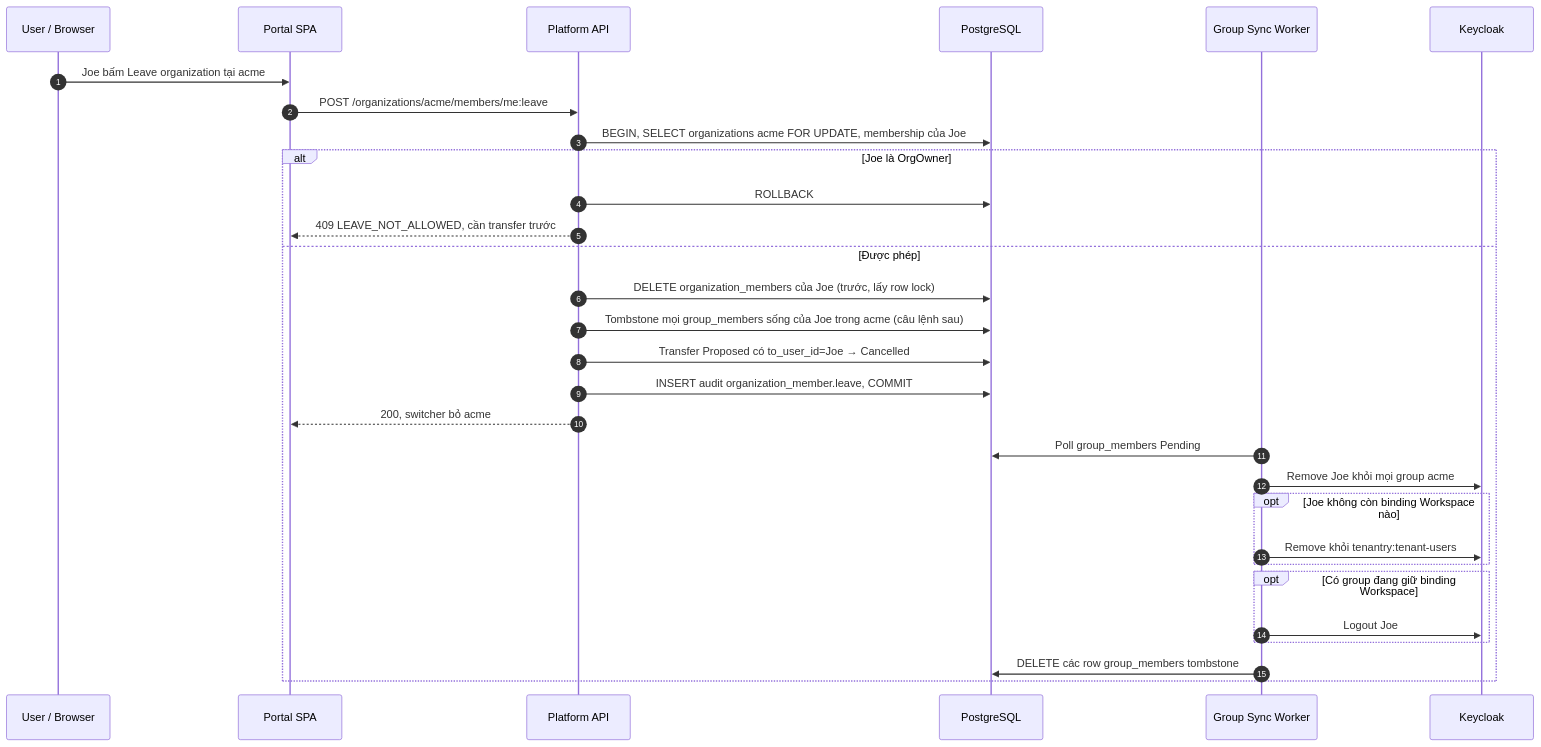
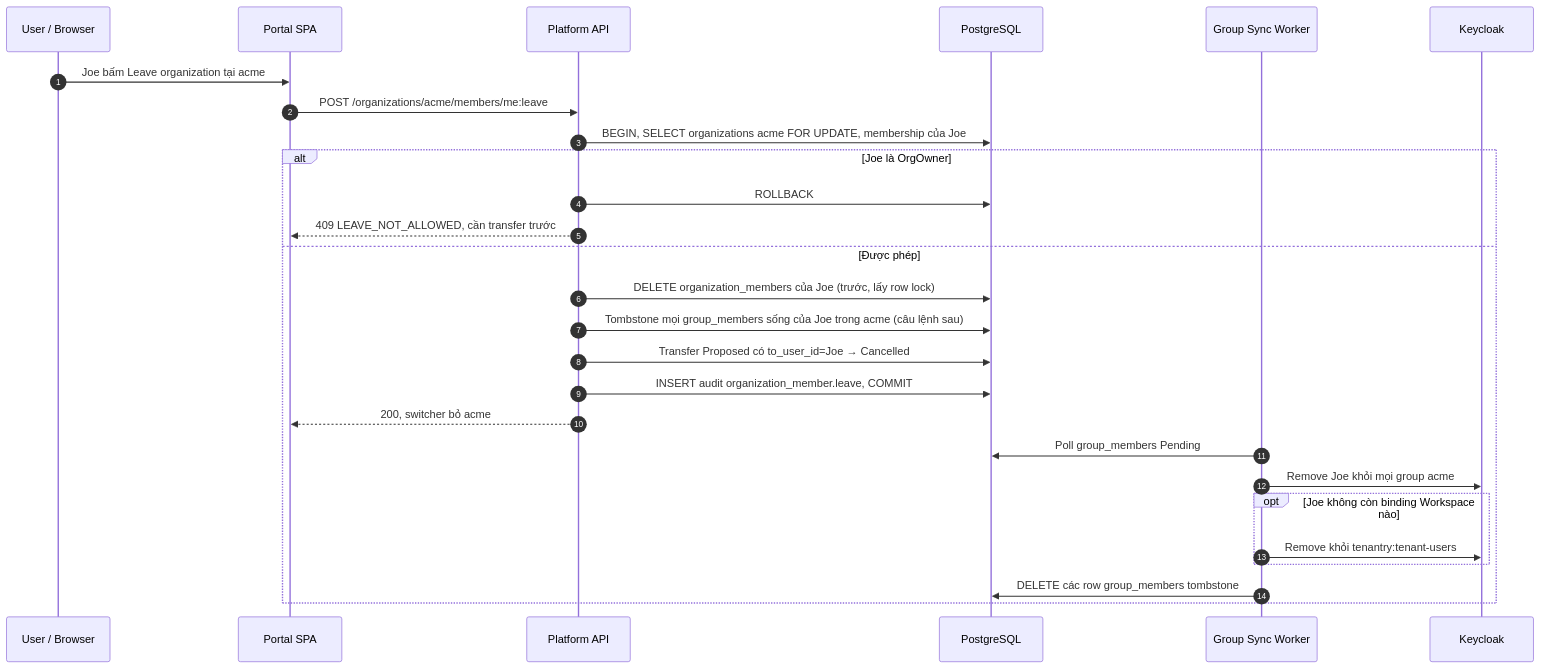
Before and after one commit to thaihoc1310/tenantry: diagram 16 of 19 in docs/architecture/03-flows.md, drawn with Mermaid. The commit also changed other lines of this file and 11 other files, not shown here.

````diff
--- a/docs/architecture/03-flows.md
+++ b/docs/architecture/03-flows.md
@@ -1019,33 +1015,30 @@
 ```mermaid
 sequenceDiagram
   autonumber
   participant U as User / Browser
   participant SPA as Portal SPA
   participant API as Platform API
   participant DB as PostgreSQL
   participant GS as Group Sync Worker
   participant KC as Keycloak
 
   U->>SPA: Joe bấm Leave organization tại acme
   SPA->>API: POST /organizations/acme/members/me:leave
   API->>DB: BEGIN, SELECT organizations acme FOR UPDATE, membership của Joe
   alt Joe là OrgOwner
     API->>DB: ROLLBACK
     API-->>SPA: 409 LEAVE_NOT_ALLOWED, cần transfer trước
   else Được phép
     API->>DB: DELETE organization_members của Joe (trước, lấy row lock)
     API->>DB: Tombstone mọi group_members sống của Joe trong acme (câu lệnh sau)
     API->>DB: Transfer Proposed có to_user_id=Joe → Cancelled
     API->>DB: INSERT audit organization_member.leave, COMMIT
     API-->>SPA: 200, switcher bỏ acme
     GS->>DB: Poll group_members Pending
     GS->>KC: Remove Joe khỏi mọi group acme
     opt Joe không còn binding Workspace nào
       GS->>KC: Remove khỏi tenantry:tenant-users
     end
-    opt Có group đang giữ binding Workspace
-      GS->>KC: Logout Joe
-    end
     GS->>DB: DELETE các row group_members tombstone
   end
 ```
````
